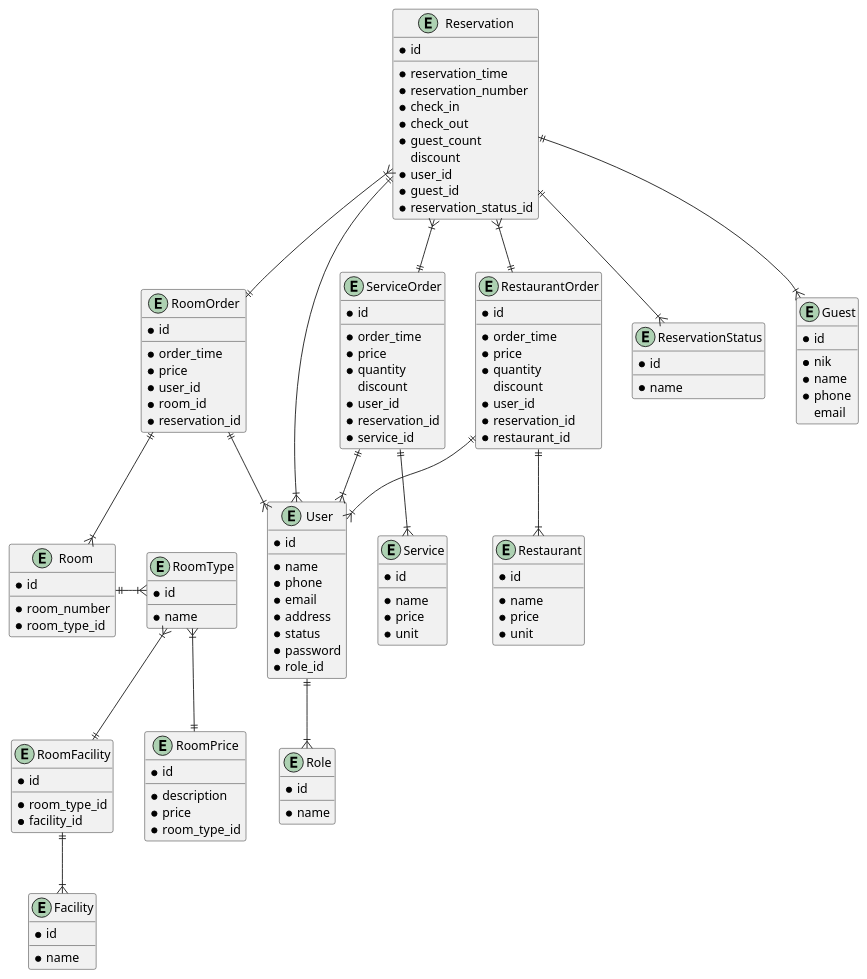
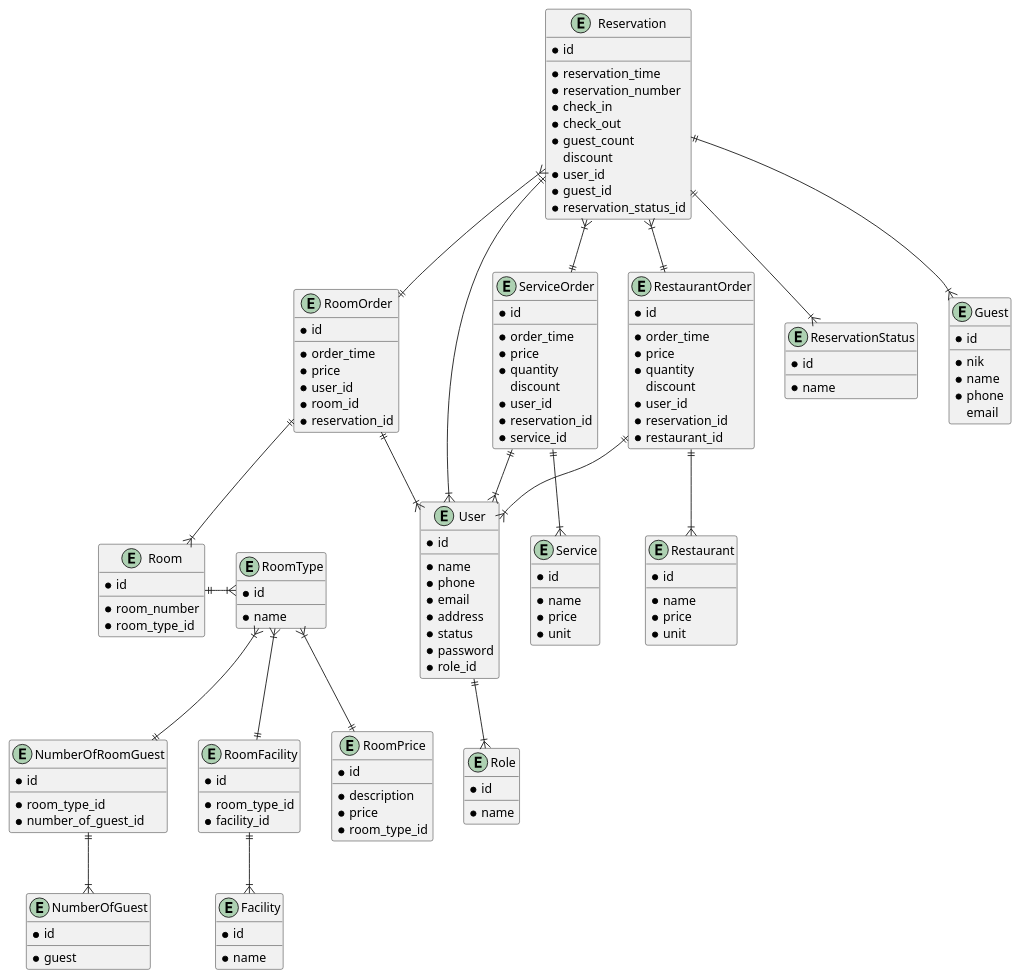
One commit to MuhammadIqbalAfandi/semuwainn changed the diagram in designs/diagrams/database.puml. Above: the diagram before and after it, drawn with PlantUML. The commit also changed 13 other files, not shown here.

```diff
--- a/designs/diagrams/database.puml
+++ b/designs/diagrams/database.puml
@@ -1,151 +1,166 @@
 @startuml Semuwainn
   entity Reservation {
     * id
     __
     * reservation_time
     * reservation_number
     * check_in
     * check_out
     * guest_count
     discount
     * user_id
     * guest_id
     * reservation_status_id
   }
 
   entity ReservationStatus {
     * id
     __
     * name
   }
 
   entity RoomOrder {
     * id
     __
     * order_time
     * price
     * user_id
     * room_id
     * reservation_id
   }
 
   entity ServiceOrder {
     * id
     __
     * order_time
     * price
     * quantity
     discount
     * user_id
     * reservation_id
     * service_id
   }
 
   entity Service {
     * id
     __
     * name
     * price
     * unit
   }
 
   entity Guest {
     * id
     __
     * nik
     * name
     * phone
     email
   }
 
   entity User {
     * id
     __
     * name
     * phone
     * email
     * address
     * status
     * password
     * role_id
   }
 
   entity Role {
     * id
     __
     * name
   }
 
   entity RestaurantOrder {
     * id
     __
     * order_time
     * price
     * quantity
     discount
     * user_id
     * reservation_id
     * restaurant_id
   }
 
   entity Restaurant {
     * id
     __
     * name
     * price
     * unit
   }
 
   entity RoomFacility {
     * id
     __
     * room_type_id
     * facility_id
   }
 
   entity Room {
     * id
     __
     * room_number
     * room_type_id
   }
 
   entity RoomType {
     * id
     __
     * name
   }
 
   entity RoomPrice {
     * id
     __
     * description
     * price
     * room_type_id
   }
 
   entity Facility {
     * id
     __
     * name
   }
 
+  entity NumberOfRoomGuest {
+    * id
+    __
+    * room_type_id
+    * number_of_guest_id
+  }
+
+  entity NumberOfGuest {
+    * id
+    __
+    * guest
+  }
+
   Reservation ||--|{ ReservationStatus
   Reservation }|--|| RestaurantOrder
   Reservation }|--|| ServiceOrder
   Reservation ||--|{ User
   Reservation ||--|{ Guest
   Reservation }|--|| RoomOrder
   RoomOrder ||--|{ User
   RoomOrder ||--|{ Room
   Room ||-|{ RoomType
   RoomType }|--|| RoomPrice
   RoomType }|--|| RoomFacility
+  RoomType }|--|| NumberOfRoomGuest
   RoomFacility ||--|{ Facility
+  NumberOfRoomGuest ||--|{ NumberOfGuest
   ServiceOrder ||--|{ Service
   RestaurantOrder ||--|{ Restaurant
   User ||--|{ Role
   ServiceOrder ||--|{ User
   RestaurantOrder ||--|{ User
 
 @enduml
```
